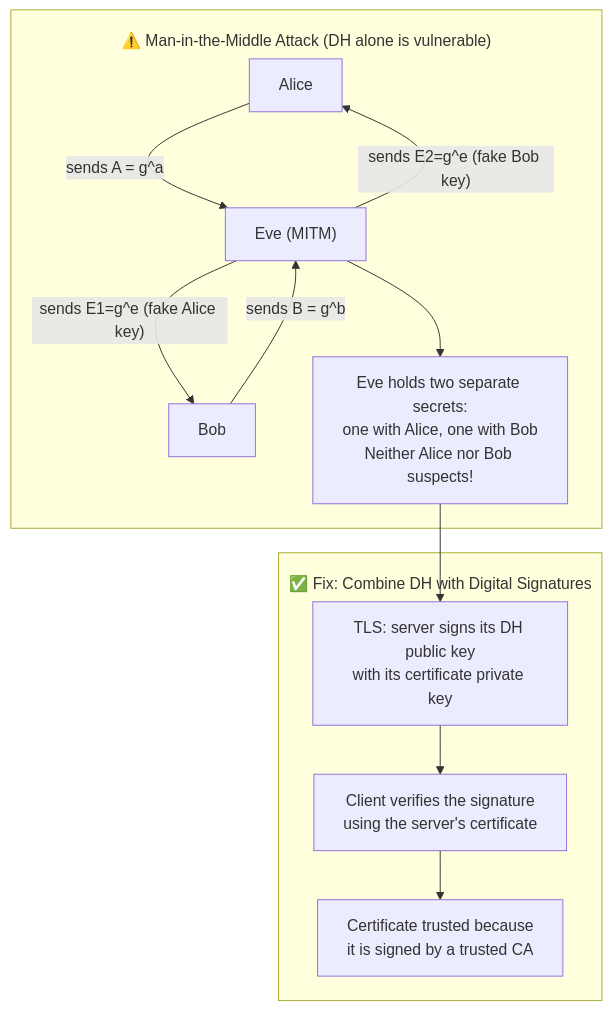
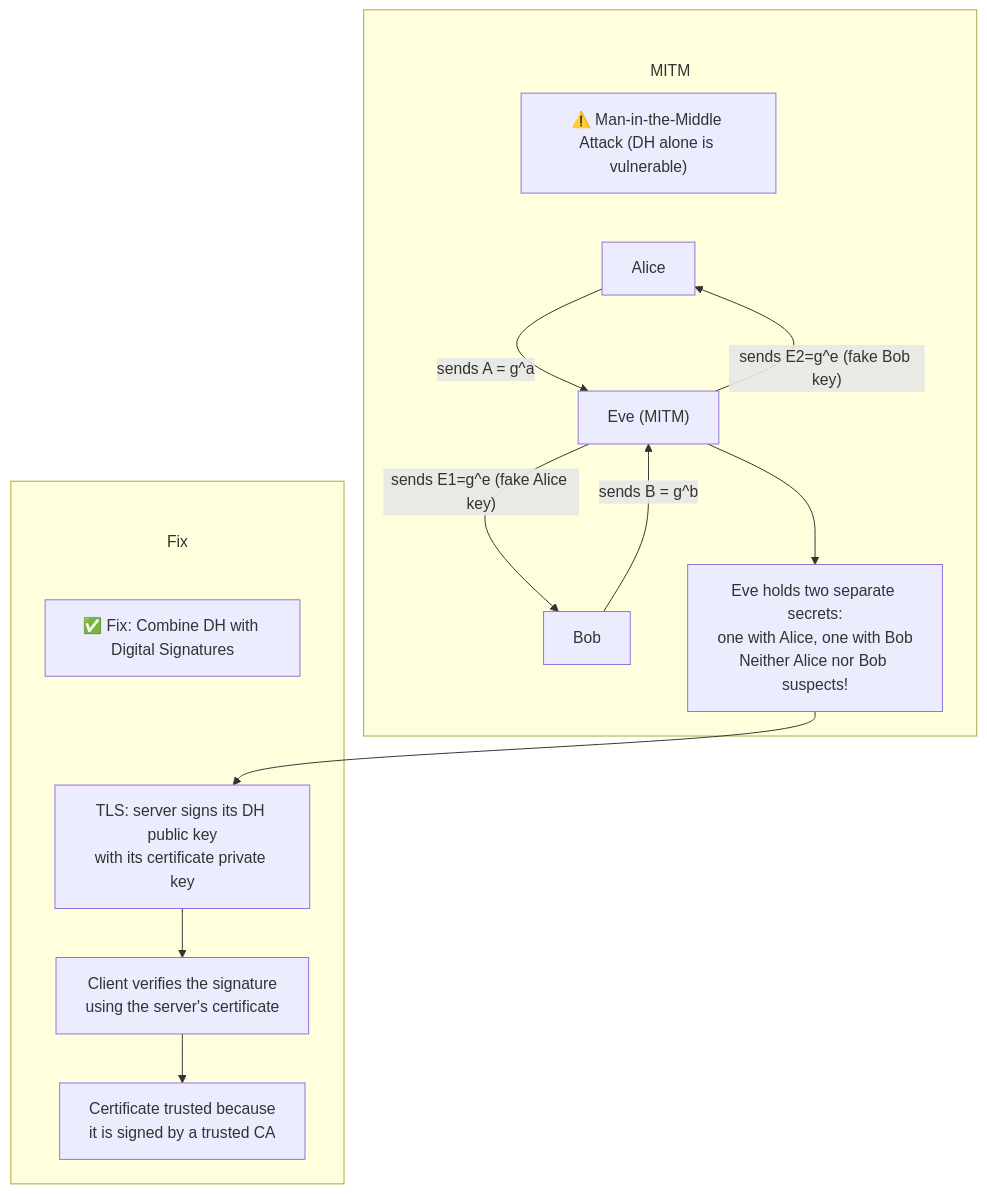
One commit to csoares/SecurityJava changed the third of 5 diagrams in src/main/java/security/keyexchange/README.md. Above: the diagram before and after it, drawn with Mermaid. The commit also changed other lines of this file and 11 other files, not shown here.

Commit message:
Fix Mermaid subgraph title overlap by moving labels into title nodes Replace subgraph label syntax (which overlaps first node) with explicit title nodes inside each subgraph, connected via invisible edges (~~~). Also increase subGraphTitleMargin top padding from 20 to 50 for extra space.

````diff
--- a/src/main/java/security/keyexchange/README.md
+++ b/src/main/java/security/keyexchange/README.md
@@ -60,23 +62,27 @@
 ```mermaid
-%%{init: {'flowchart': {'subGraphTitleMargin': {'top': 20, 'bottom': 5}}}}%%
+%%{init: {'flowchart': {'subGraphTitleMargin': {'top': 50, 'bottom': 10}}}}%%
 flowchart TD
-    subgraph MITM ["⚠️ Man-in-the-Middle Attack (DH alone is vulnerable)"]
+    subgraph MITM
+        T_MITM["⚠️ Man-in-the-Middle Attack (DH alone is vulnerable)"]
+        T_MITM ~~~ ALICE
         ALICE["Alice"]
         EVE["Eve (MITM)"]
         BOB["Bob"]
         ALICE -->|"sends A = g^a"| EVE
         EVE -->|"sends E1=g^e (fake Alice key)"| BOB
         BOB -->|"sends B = g^b"| EVE
         EVE -->|"sends E2=g^e (fake Bob key)"| ALICE
         EVE --> NOTE["Eve holds two separate secrets:<br/>one with Alice, one with Bob<br/>Neither Alice nor Bob suspects!"]
     end
 
-    subgraph Fix ["✅ Fix: Combine DH with Digital Signatures"]
+    subgraph Fix
+        T_Fix["✅ Fix: Combine DH with Digital Signatures"]
+        T_Fix ~~~ F1
         F1["TLS: server signs its DH public key<br/>with its certificate private key"]
         F2["Client verifies the signature<br/>using the server's certificate"]
         F3["Certificate trusted because<br/>it is signed by a trusted CA"]
         F1 --> F2 --> F3
     end
 
     NOTE --> F1
 ```
````
